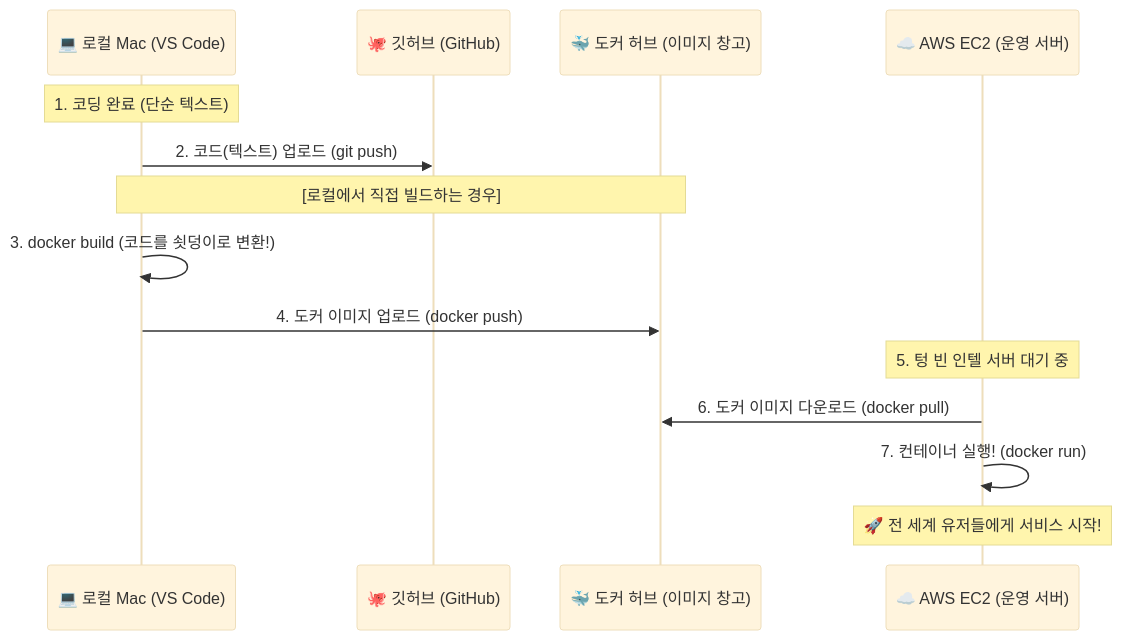
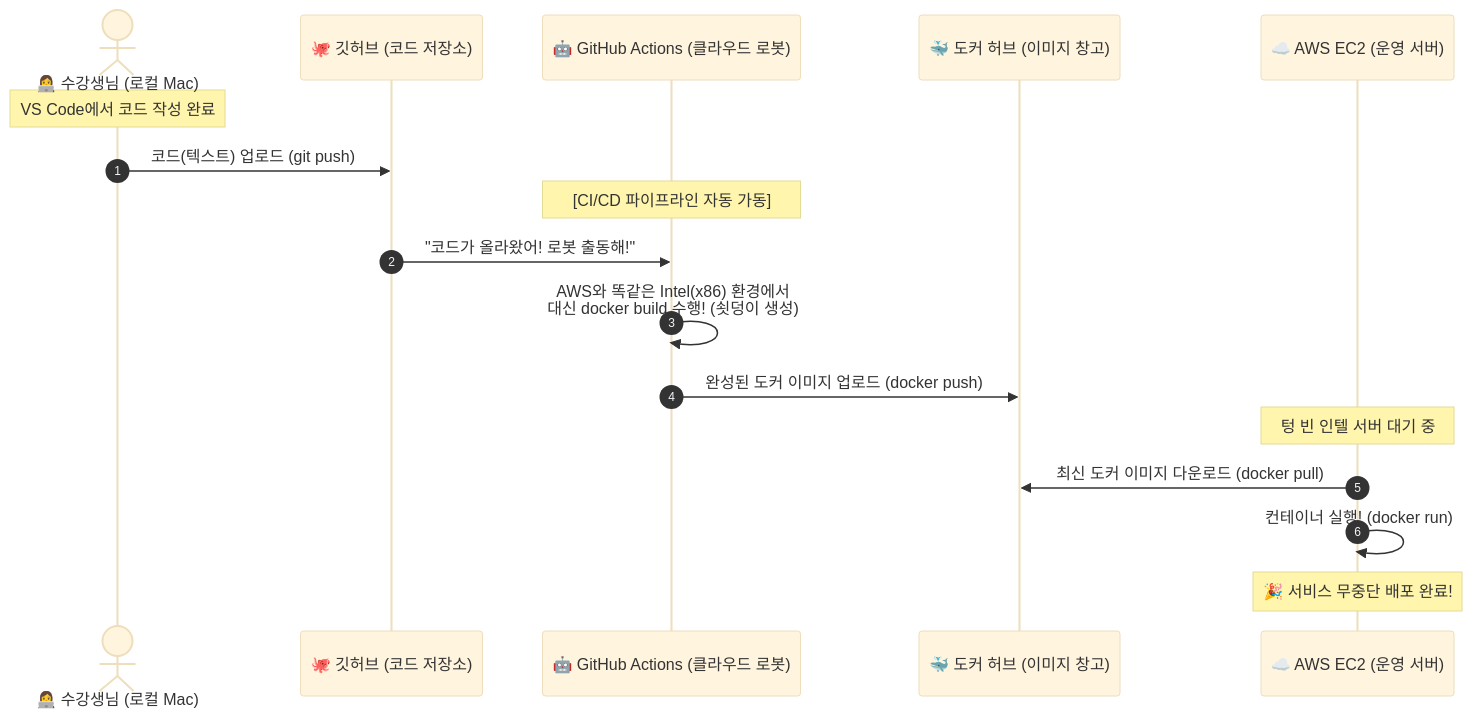
Before and after one commit to shinwokkang/Docker: the second of 2 diagrams in Chapter_8_Docker_on_Mac_and_Windows/28_Chapter8_3_Docker_on_Mac.md, drawn with Mermaid (base theme). The commit also changed other lines of this file, not shown here.

Commit message:
docs: Deeply expand DevOps CI/CD workflow Q&A addressing ARM vs Intel, localhost vs Docker, and Dockerfile usage for frontend vs backend

````diff
--- a/Chapter_8_Docker_on_Mac_and_Windows/28_Chapter8_3_Docker_on_Mac.md
+++ b/Chapter_8_Docker_on_Mac_and_Windows/28_Chapter8_3_Docker_on_Mac.md
@@ -119,19 +126,23 @@
 ```mermaid
 sequenceDiagram
-    participant Local as 💻 로컬 Mac (VS Code)
-    participant GitHub as 🐙 깃허브 (GitHub)
+    autonumber
+    actor Dev as 👩‍💻 수강생님 (로컬 Mac)
+    participant GitHub as 🐙 깃허브 (코드 저장소)
+    participant Actions as 🤖 GitHub Actions (클라우드 로봇)
     participant Hub as 🐳 도커 허브 (이미지 창고)
     participant AWS as ☁️ AWS EC2 (운영 서버)
 
-    Note over Local: 1. 코딩 완료 (단순 텍스트)
-    Local->>GitHub: 2. 코드(텍스트) 업로드 (git push)
+    Note over Dev: VS Code에서 코드 작성 완료
+    Dev->>GitHub: 코드(텍스트) 업로드 (git push)
     
-    Note over Local, Hub: [로컬에서 직접 빌드하는 경우]
-    Local->>Local: 3. docker build (코드를 쇳덩이로 변환!)
-    Local->>Hub: 4. 도커 이미지 업로드 (docker push)
+    Note over Actions: [CI/CD 파이프라인 자동 가동]
+    GitHub->>Actions: "코드가 올라왔어! 로봇 출동해!"
+    Actions->>Actions: AWS와 똑같은 Intel(x86) 환경에서<br>대신 docker build 수행! (쇳덩이 생성)
+    Actions->>Hub: 완성된 도커 이미지 업로드 (docker push)
     
-    Note over AWS: 5. 텅 빈 인텔 서버 대기 중
-    AWS->>Hub: 6. 도커 이미지 다운로드 (docker pull)
-    AWS->>AWS: 7. 컨테이너 실행! (docker run)
-    Note over AWS: 🚀 전 세계 유저들에게 서비스 시작!
+    Note over AWS: 텅 빈 인텔 서버 대기 중
+    AWS->>Hub: 최신 도커 이미지 다운로드 (docker pull)
+    AWS->>AWS: 컨테이너 실행! (docker run)
+    
+    Note over AWS: 🎉 서비스 무중단 배포 완료!
 ```
````
